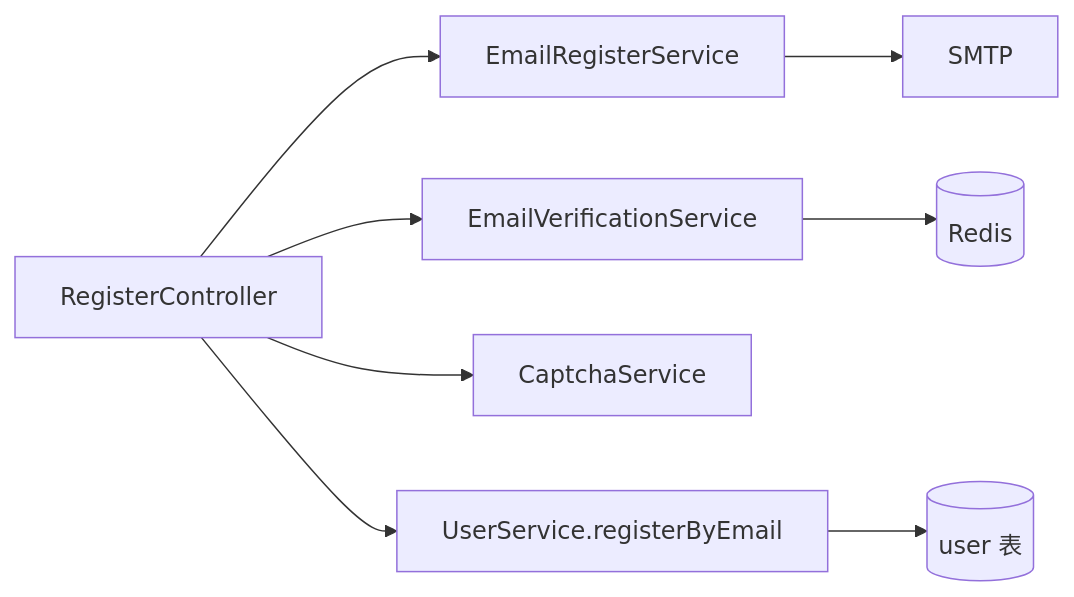
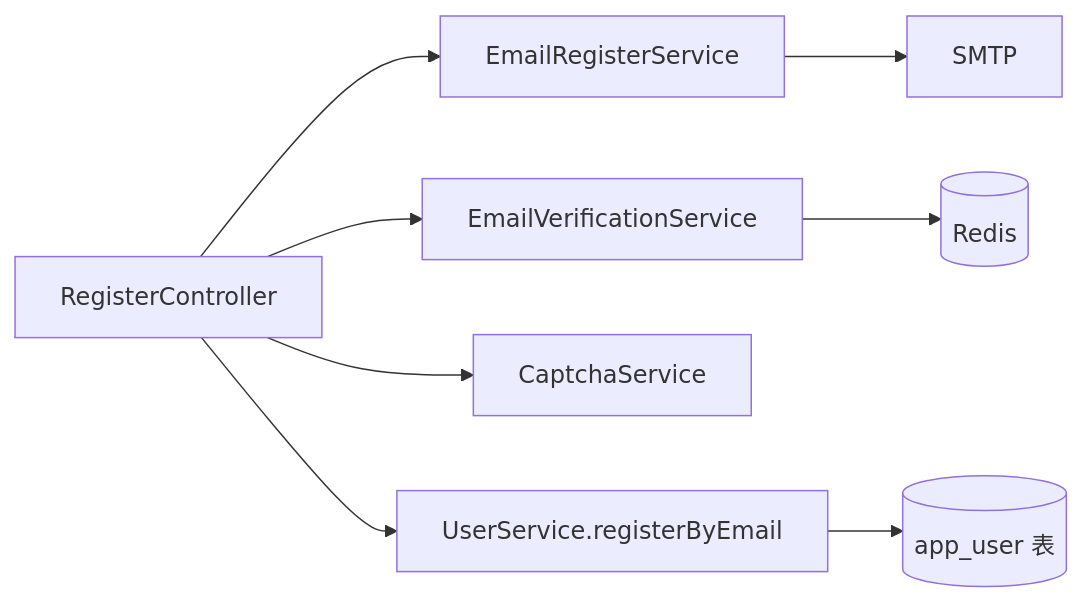
The first of 4 diagrams in 平台/安全与用户/邮箱注册机制.md (j2agent-ai/j2agent-docs), drawn with Mermaid before and after one commit. The commit also changed other lines of this file and 12 other files, not shown here.

````diff
--- a/平台/安全与用户/邮箱注册机制.md
+++ b/平台/安全与用户/邮箱注册机制.md
@@ -20,19 +20,19 @@
 ```mermaid
 flowchart LR
   RC[RegisterController]
   ERS[EmailRegisterService]
   EVS[EmailVerificationService]
   CAP[CaptchaService]
   US[UserService.registerByEmail]
   Redis[(Redis)]
   SMTP[SMTP]
-  DB[(user 表)]
+  DB[(app_user 表)]
 
   RC --> ERS
   RC --> EVS
   RC --> CAP
   RC --> US
   EVS --> Redis
   ERS --> SMTP
   US --> DB
 ```
````
